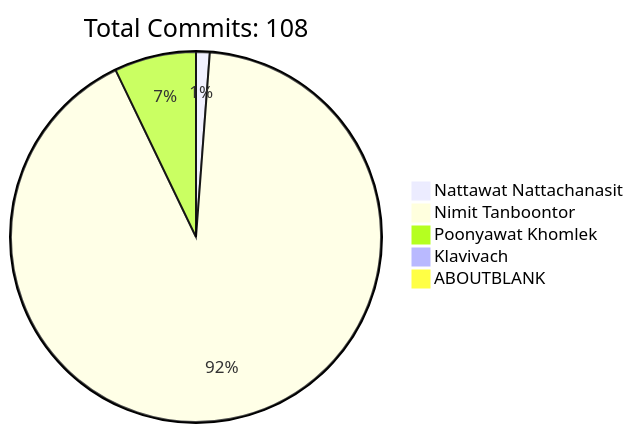
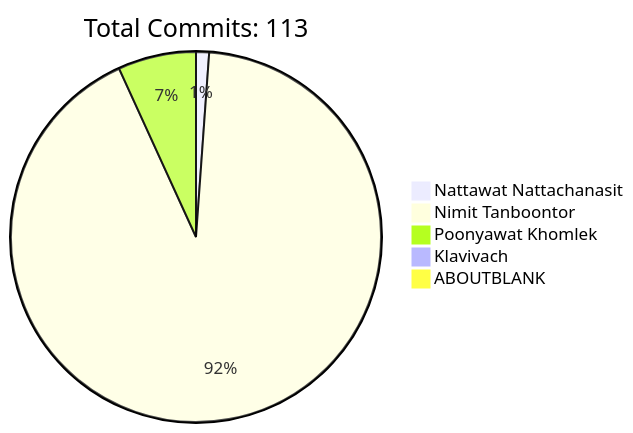
Before and after one commit to HLLC-MFU/HLLC-2025: the diagram in README.md, drawn with Mermaid. The commit also changed other lines of this file, not shown here.

````diff
--- a/README.md
+++ b/README.md
@@ -170,9 +170,9 @@
 ```mermaid
 pie
-    title Total Commits: 108
+    title Total Commits: 113
     "Nattawat Nattachanasit" : 1
-    "Nimit Tanboontor" : 77
+    "Nimit Tanboontor" : 81
     "Poonyawat Khomlek" : 6
     "Klavivach" : 0
     "ABOUTBLANK" : 0
 ```
````
